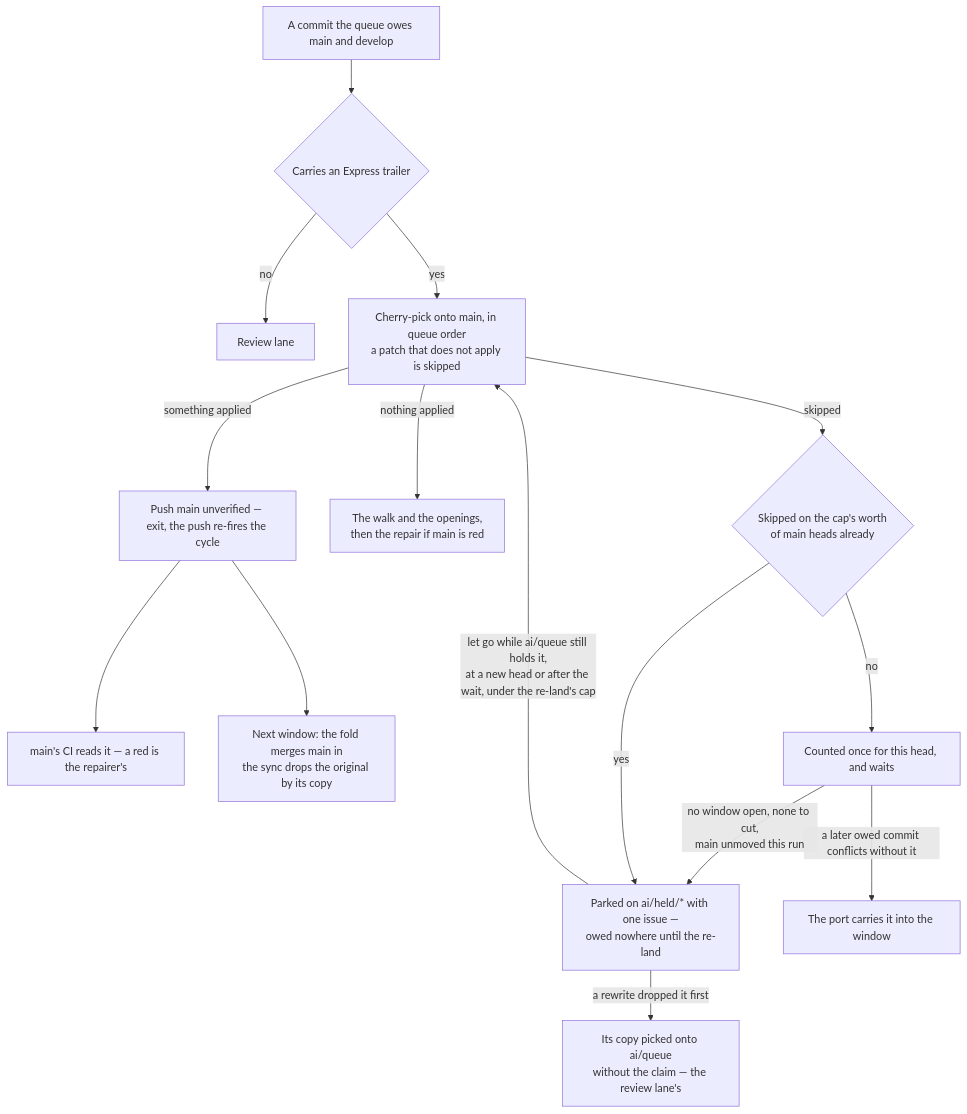
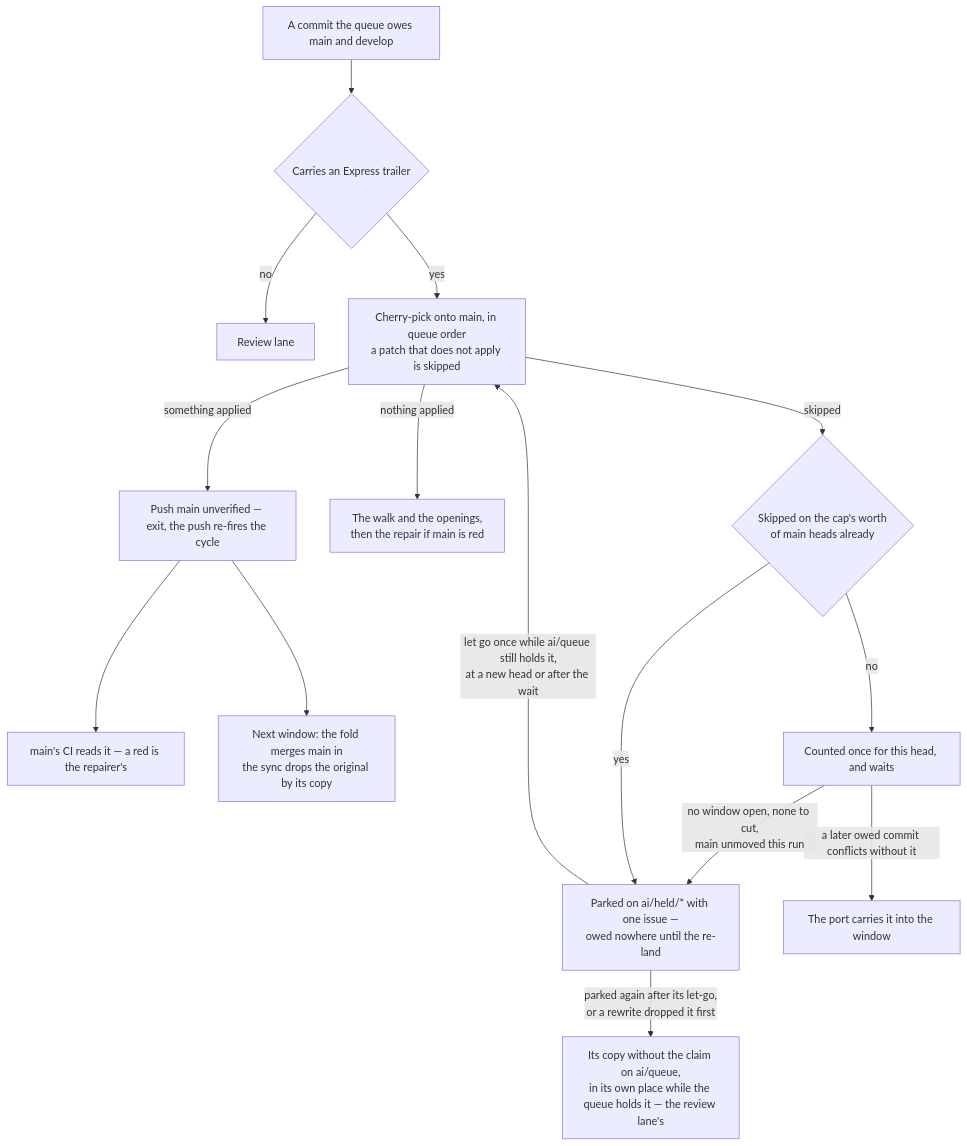
One commit to Esposter/Esposter changed the diagram in apps/web/content/docs/infra/review-collector/express-lane.md. Above: the diagram before and after it, drawn with Mermaid. The commit also changed other lines of this file and 9 other files, not shown here.

First line of the commit message:
fix(scripts): an express claim the lane parks again after its let-go takes the window route, its copy without the claim re-landed in its own place in ai/queue

````diff
--- a/apps/web/content/docs/infra/review-collector/express-lane.md
+++ b/apps/web/content/docs/infra/review-collector/express-lane.md
@@ -27,17 +27,17 @@
 ```mermaid
 flowchart TD
   C[A commit the queue owes main and develop] --> T{Carries an Express trailer}
   T -->|no| RV[Review lane]
   T -->|yes| EX[Cherry-pick onto main, in queue order<br/>a patch that does not apply is skipped]
   EX -->|something applied| PU[Push main unverified — exit, the push re-fires the cycle]
   EX -->|nothing applied| MR[The walk and the openings,<br/>then the repair if main is red]
   PU --> CI[main's CI reads it — a red is the repairer's]
   PU --> FO[Next window: the fold merges main in<br/>the sync drops the original by its copy]
   EX -->|skipped| AT{Skipped on the cap's worth<br/>of main heads already}
   AT -->|no| WT[Counted once for this head, and waits]
   WT -->|no window open, none to cut,<br/>main unmoved this run| PK
   WT -->|a later owed commit conflicts without it| CA[The port carries it into the window]
   AT -->|yes| PK[Parked on ai/held/* with one issue —<br/>owed nowhere until the re-land]
-  PK -->|let go while ai/queue still holds it,<br/>at a new head or after the wait, under the re-land's cap| EX
-  PK -->|a rewrite dropped it first| CP[Its copy picked onto ai/queue<br/>without the claim — the review lane's]
+  PK -->|let go once while ai/queue still holds it,<br/>at a new head or after the wait| EX
+  PK -->|parked again after its let-go,<br/>or a rewrite dropped it first| CP[Its copy without the claim on ai/queue,<br/>in its own place while the queue holds it — the review lane's]
 ```
````
